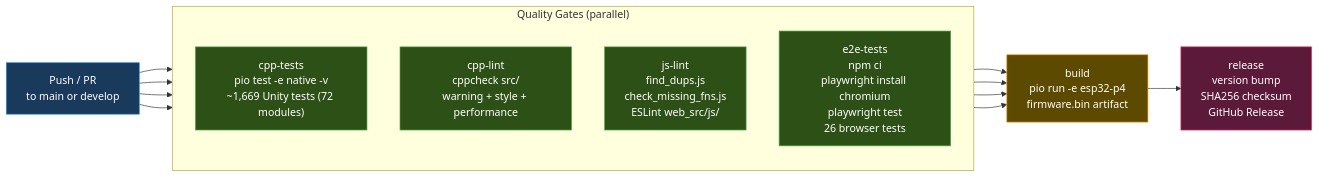
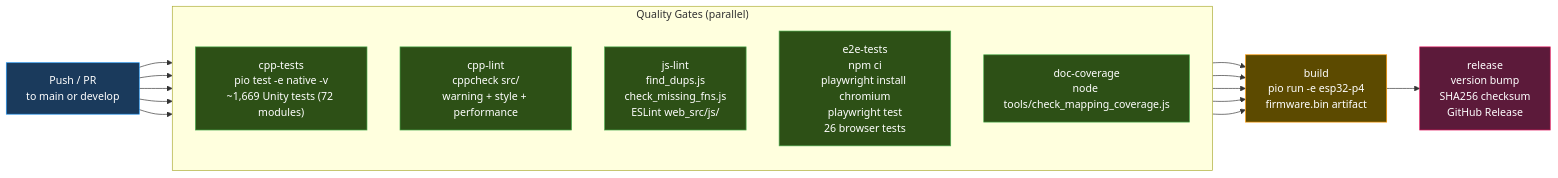
Before and after one commit to Schmackos/ALX_Nova_Controller_2: the diagram in docs-internal/architecture/ci-quality-gates.mmd, drawn with Mermaid. The commit also changed 18 other files, not shown here.

First line of the commit message:
feat: diagram drift prevention — static validator, CI enforcement, doc fixes

```diff
--- a/docs-internal/architecture/ci-quality-gates.mmd
+++ b/docs-internal/architecture/ci-quality-gates.mmd
@@ -1,39 +1,45 @@
+%% @validate-symbols
+%% .github/workflows/tests.yml: cpp-tests, cpp-lint, js-lint, e2e-tests, doc-coverage, build
+%% @end-validate
 %% ALX Nova Controller 2 — CI/CD Quality Gates
-%% All 4 gates run in parallel; build is gated on all passing
+%% All 5 gates run in parallel; build is gated on all passing
 
 graph LR
     classDef trigger fill:#1a3a5c,stroke:#2196F3,color:#fff
     classDef gate fill:#2d5016,stroke:#4CAF50,color:#fff
     classDef build fill:#5c4a00,stroke:#FF9800,color:#fff
     classDef release fill:#5c1a3a,stroke:#E91E63,color:#fff
 
     PUSH["Push / PR\nto main or develop"]
 
     subgraph Gates["Quality Gates (parallel)"]
         direction TB
         CPP["cpp-tests\npio test -e native -v\n~1,669 Unity tests (72 modules)"]
         CPPL["cpp-lint\ncppcheck src/\nwarning + style + performance"]
         JSL["js-lint\nfind_dups.js\ncheck_missing_fns.js\nESLint web_src/js/"]
         E2E["e2e-tests\nnpm ci\nplaywright install chromium\nplaywright test\n26 browser tests"]
+        DOC["doc-coverage\nnode tools/check_mapping_coverage.js"]
     end
 
     BUILD["build\npio run -e esp32-p4\nfirmware.bin artifact"]
 
     REL["release\nversion bump\nSHA256 checksum\nGitHub Release"]
 
     PUSH --> CPP
     PUSH --> CPPL
     PUSH --> JSL
     PUSH --> E2E
+    PUSH --> DOC
 
     CPP --> BUILD
     CPPL --> BUILD
     JSL --> BUILD
     E2E --> BUILD
+    DOC --> BUILD
 
     BUILD --> REL
 
     class PUSH trigger
-    class CPP,CPPL,JSL,E2E gate
+    class CPP,CPPL,JSL,E2E,DOC gate
     class BUILD build
     class REL release
```
